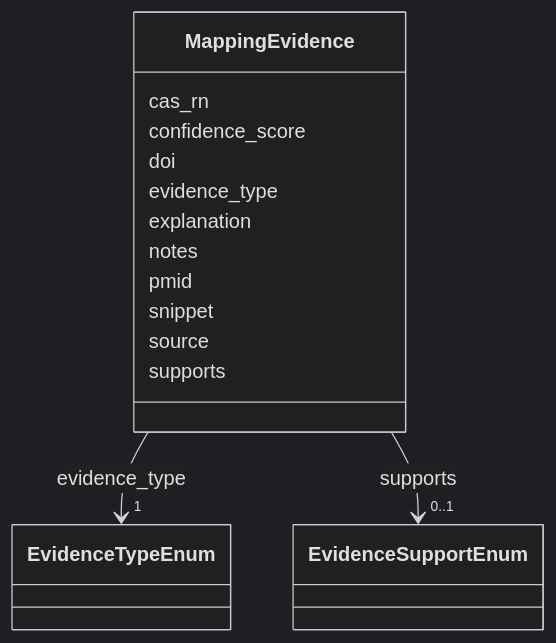
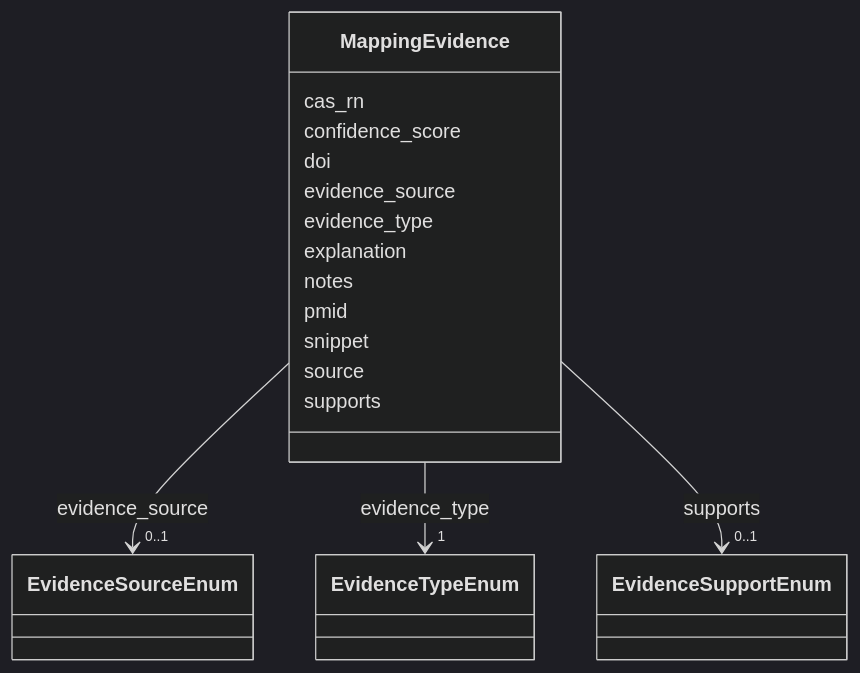
One commit to CultureBotAI/MediaIngredientMech changed the diagram in docs/MappingEvidence.md. Above: the diagram before and after it, drawn with Mermaid (dark theme). The commit also changed other lines of this file and 3220 other files, not shown here.

````diff
--- a/docs/MappingEvidence.md
+++ b/docs/MappingEvidence.md
@@ -18,44 +18,55 @@
 ```mermaid
  classDiagram
     class MappingEvidence
     click MappingEvidence href "../MappingEvidence/"
       MappingEvidence : cas_rn
-        
+
       MappingEvidence : confidence_score
-        
+
       MappingEvidence : doi
-        
+
+      MappingEvidence : evidence_source
+
+
+
+
+
+        MappingEvidence --> "0..1" EvidenceSourceEnum : evidence_source
+        click EvidenceSourceEnum href "../EvidenceSourceEnum/"
+
+
+
       MappingEvidence : evidence_type
-        
-          
-    
-        
-        
+
+
+
+
+
         MappingEvidence --> "1" EvidenceTypeEnum : evidence_type
         click EvidenceTypeEnum href "../EvidenceTypeEnum/"
-    
 
-        
+
+
       MappingEvidence : explanation
-        
+
       MappingEvidence : notes
-        
+
       MappingEvidence : pmid
-        
+
       MappingEvidence : snippet
-        
+
       MappingEvidence : source
-        
+
       MappingEvidence : supports
-        
-          
-    
-        
-        
+
+
+
+
+
         MappingEvidence --> "0..1" EvidenceSupportEnum : supports
         click EvidenceSupportEnum href "../EvidenceSupportEnum/"
-    
 
-        
-      
+
+
+
 ```
````
